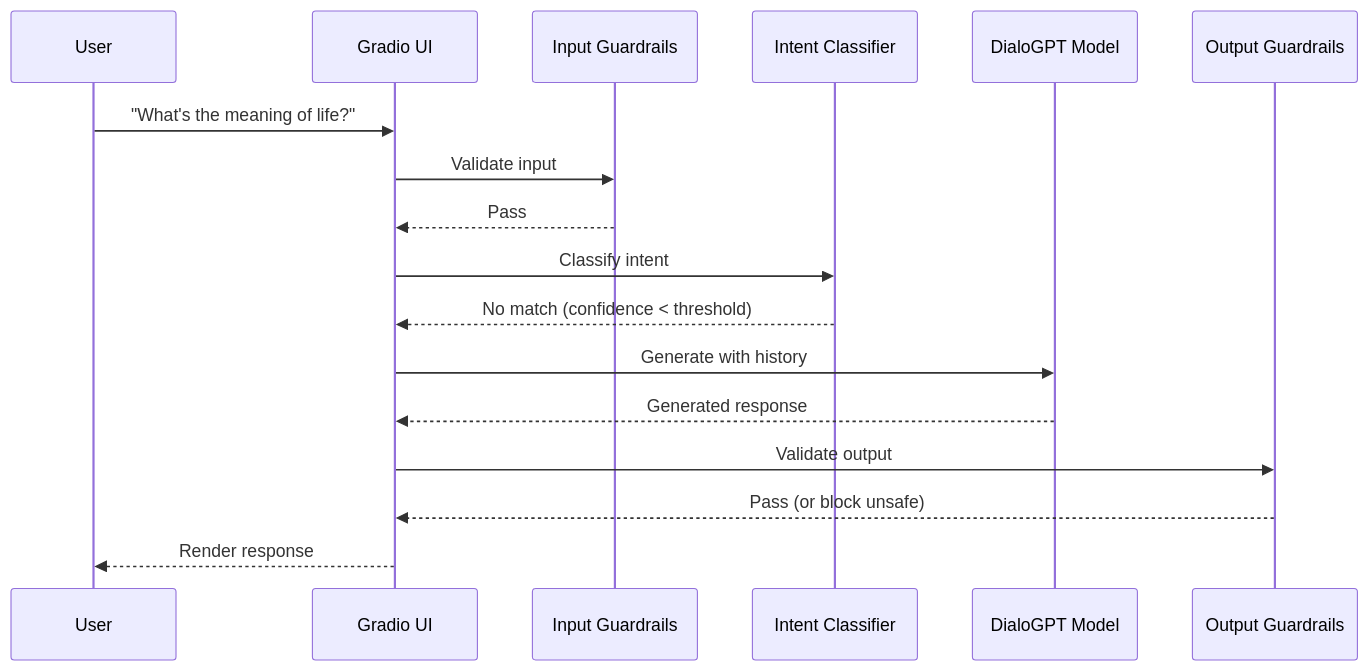
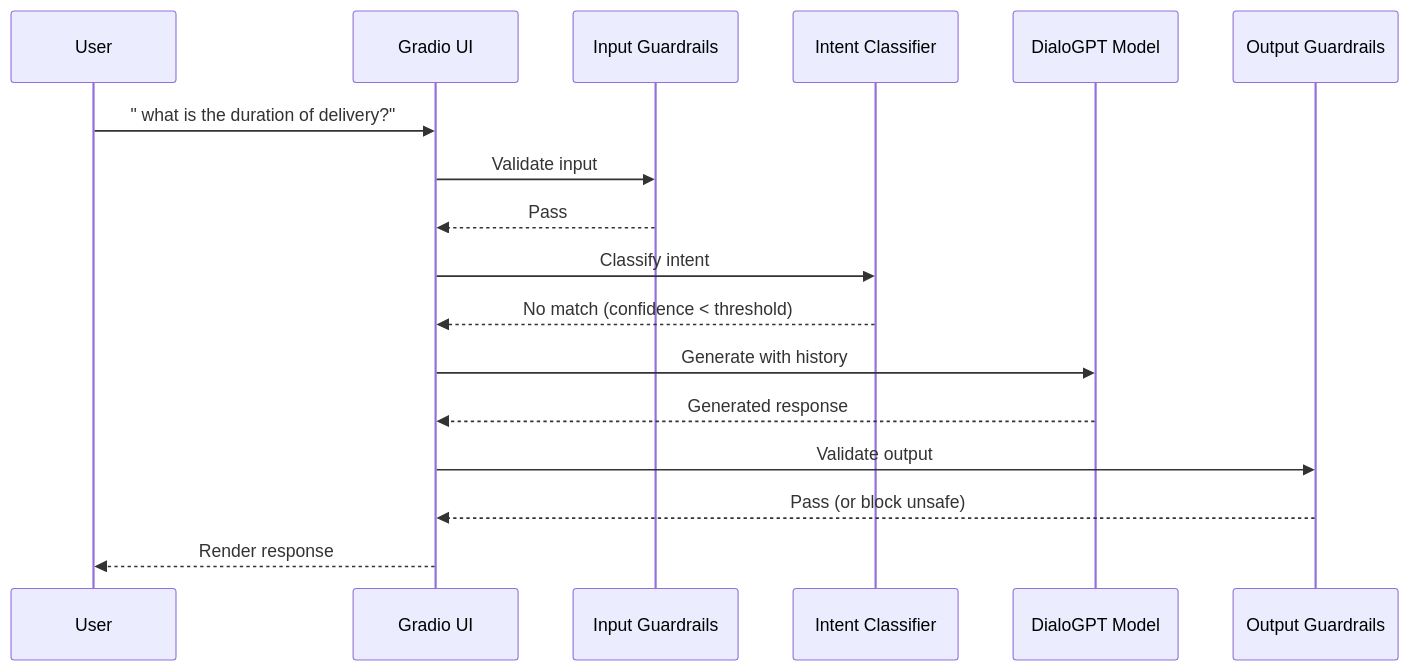
One commit to tukue/conversational-ai-chatbot changed the fourth of 4 diagrams in README.md. Above: the diagram before and after it, drawn with Mermaid.

````diff
--- a/README.md
+++ b/README.md
@@ -224,20 +224,20 @@
 ```mermaid
 sequenceDiagram
     participant U as User
     participant UI as Gradio UI
     participant IG as Input Guardrails
     participant IC as Intent Classifier
     participant Model as DialoGPT Model
     participant OG as Output Guardrails
 
-    U->>UI: "What's the meaning of life?"
+    U->>UI: " what is the duration of delivery?"
     UI->>IG: Validate input
     IG-->>UI: Pass
     UI->>IC: Classify intent
     IC-->>UI: No match (confidence < threshold)
     UI->>Model: Generate with history
     Model-->>UI: Generated response
     UI->>OG: Validate output
     OG-->>UI: Pass (or block unsafe)
     UI-->>U: Render response
 ```
````
